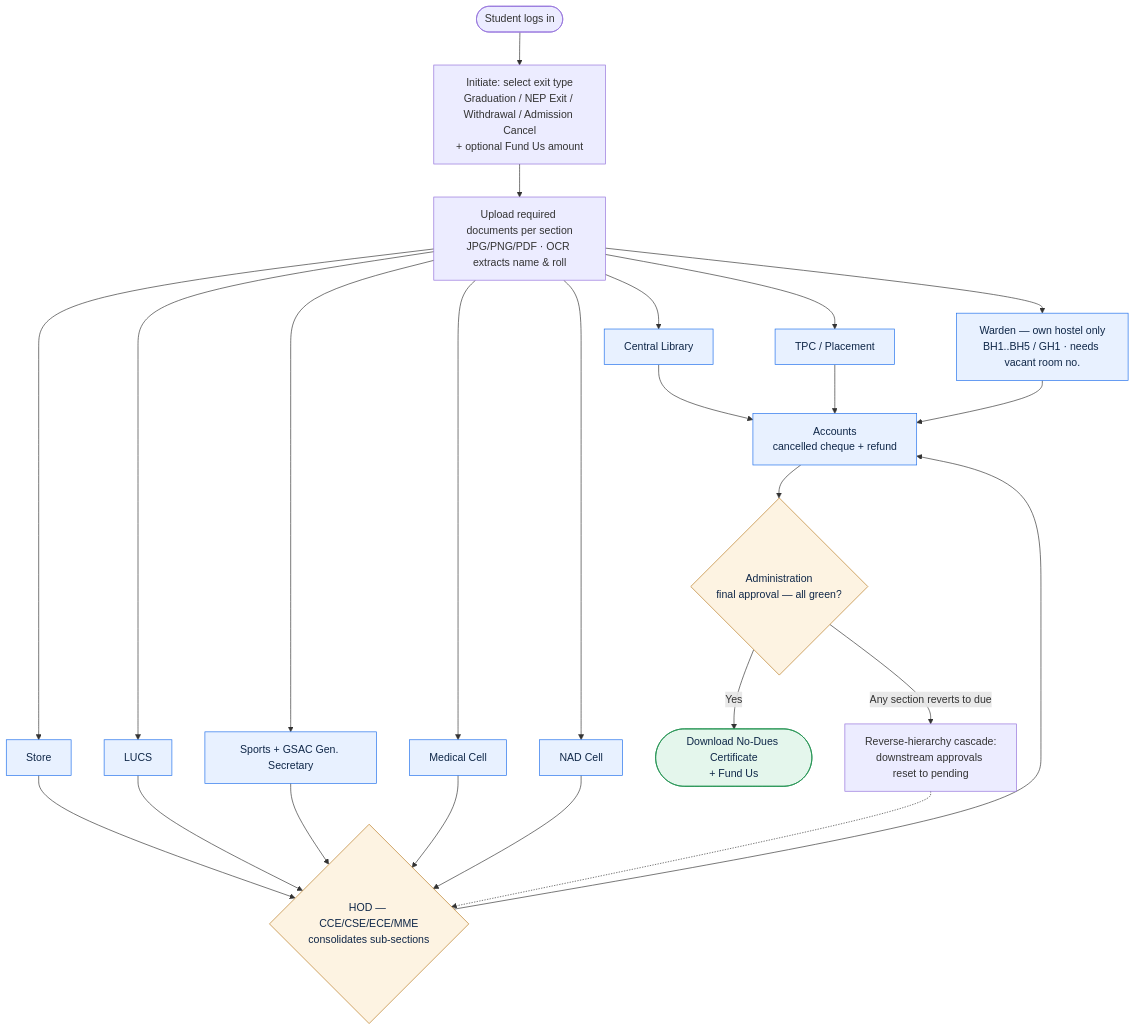
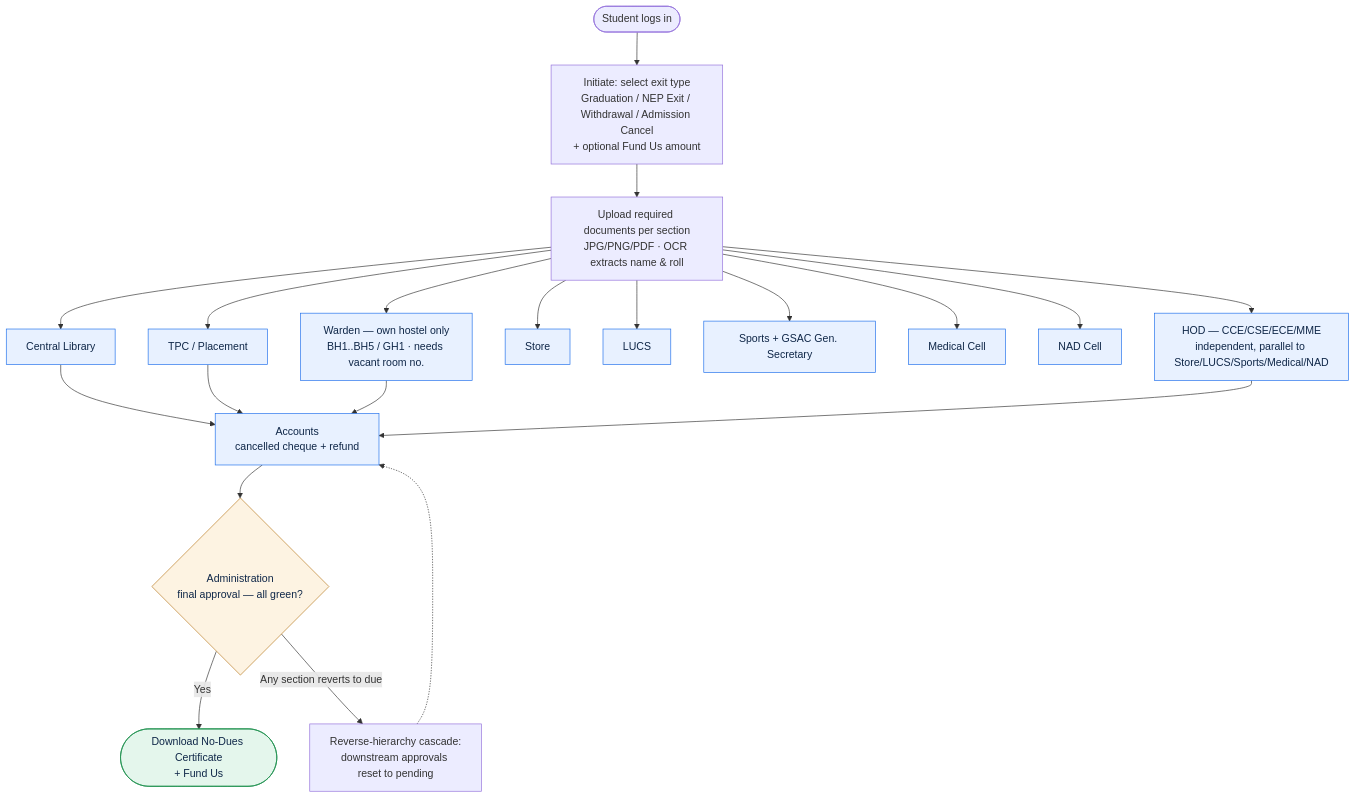
Before and after one commit to manashatwar/LNMIIT-NO-DUES-PORTAL: the first of 4 diagrams in docs/DESIGN.md, drawn with Mermaid. The commit also changed other lines of this file and 8 other files, not shown here.

Commit message:
feat: make HOD an independent section; update related logic and documentation for parallel processing with other sections

````diff
--- a/docs/DESIGN.md
+++ b/docs/DESIGN.md
@@ -25,37 +25,32 @@
 ```mermaid
 flowchart TD
     A([Student logs in]) --> B[Initiate: select exit type<br/>Graduation / NEP Exit / Withdrawal / Admission Cancel<br/>+ optional Fund Us amount]
     B --> C[Upload required documents per section<br/>JPG/PNG/PDF · OCR extracts name & roll]
 
     C --> LIB[Central Library]
     C --> TPC[TPC / Placement]
     C --> WAR[Warden — own hostel only<br/>BH1..BH5 / GH1 · needs vacant room no.]
     C --> STO[Store]
     C --> LUCS[LUCS]
     C --> SPO[Sports + GSAC Gen. Secretary]
     C --> MED[Medical Cell]
     C --> NAD[NAD Cell]
-
-    STO --> HOD{HOD — CCE/CSE/ECE/MME<br/>consolidates sub-sections}
-    LUCS --> HOD
-    SPO --> HOD
-    MED --> HOD
-    NAD --> HOD
+    C --> HOD[HOD — CCE/CSE/ECE/MME<br/>independent, parallel to Store/LUCS/Sports/Medical/NAD]
 
     LIB --> ACC[Accounts<br/>cancelled cheque + refund]
     TPC --> ACC
     WAR --> ACC
     HOD --> ACC
 
     ACC --> ADM{Administration<br/>final approval — all green?}
     ADM -->|Yes| CERT([Download No-Dues Certificate<br/>+ Fund Us])
     ADM -->|Any section reverts to due| RC[Reverse-hierarchy cascade:<br/>downstream approvals reset to pending]
-    RC -.-> HOD
+    RC -.-> ACC
 
     classDef sec fill:#e8f1ff,stroke:#1f6feb,color:#0f2748;
     classDef gate fill:#fdf3e2,stroke:#b7791f,color:#0f2748;
     classDef done fill:#e4f6ec,stroke:#1a8f4c,color:#0f2748;
-    class LIB,TPC,WAR,STO,LUCS,SPO,MED,NAD,ACC sec;
-    class HOD,ADM gate;
+    class LIB,TPC,WAR,STO,LUCS,SPO,MED,NAD,HOD,ACC sec;
+    class ADM gate;
     class CERT done;
 ```
````
